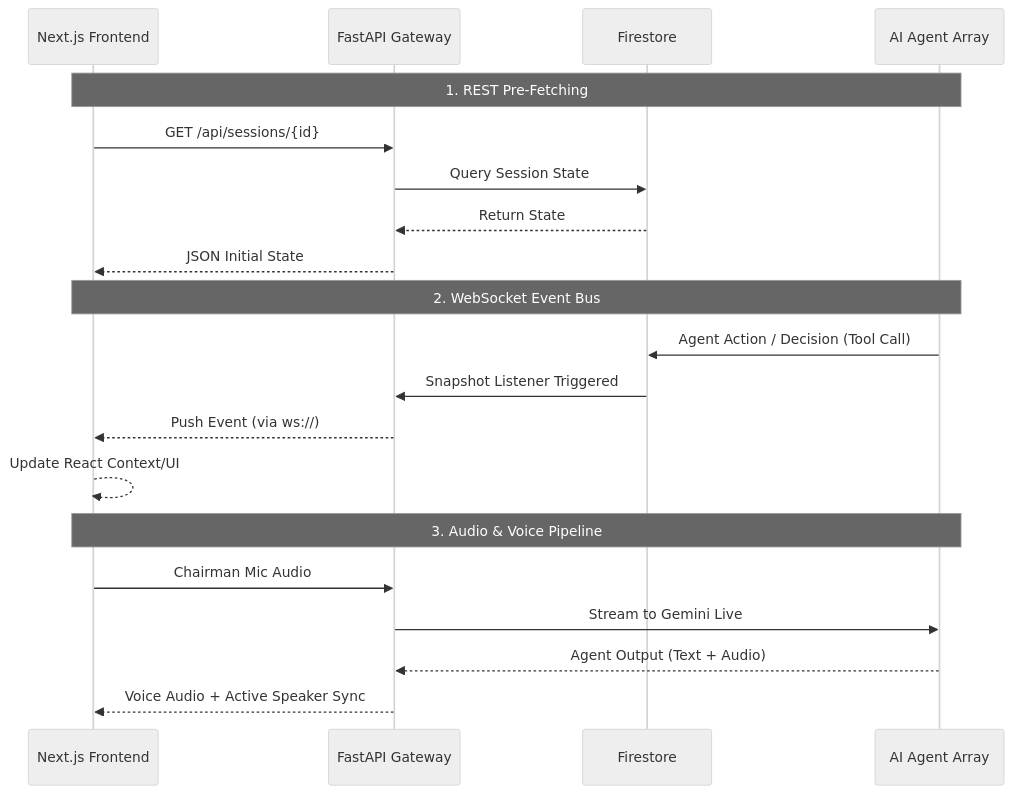
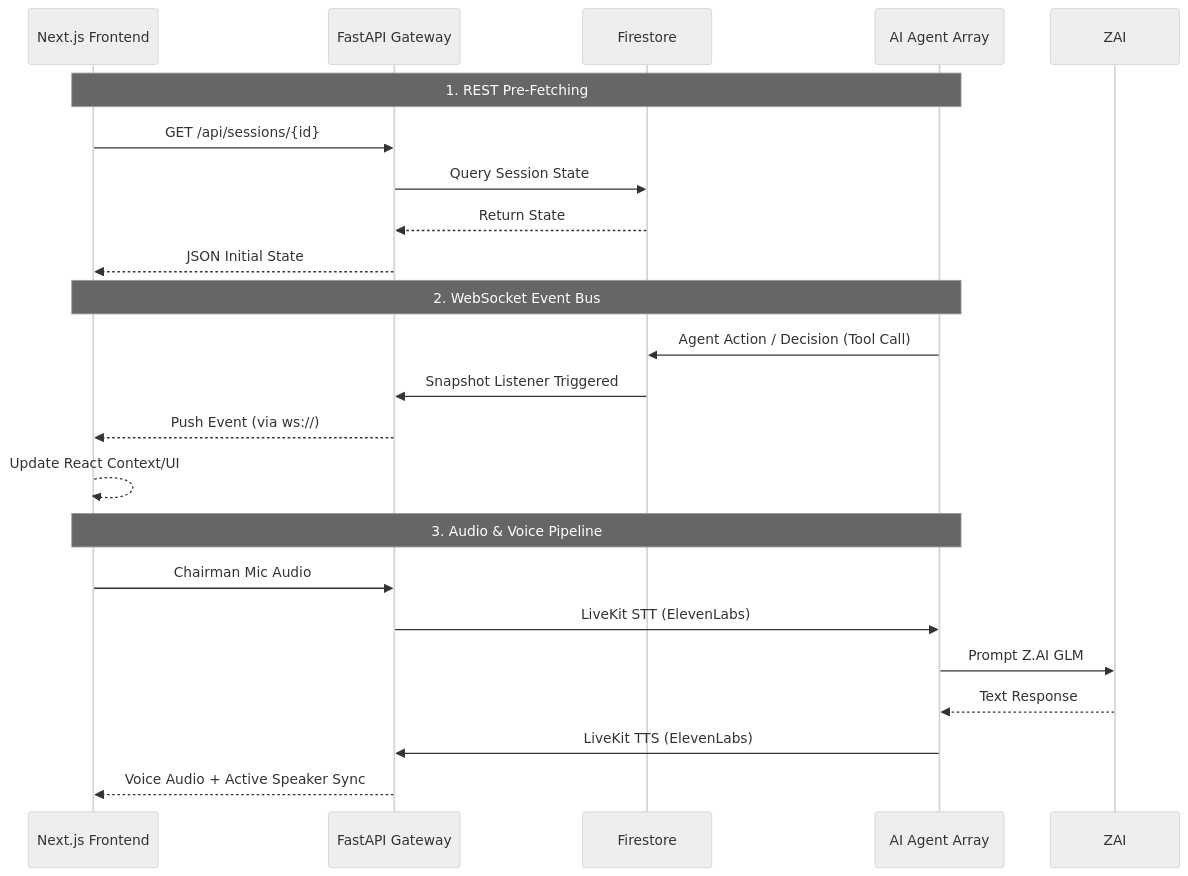
One commit to OkeyAmy/war-room-zai changed the second of 3 diagrams in README.md. Above: the diagram before and after it, drawn with Mermaid (neutral theme). The commit also changed other lines of this file and 29 other files, not shown here.

````diff
--- a/README.md
+++ b/README.md
@@ -58,25 +59,27 @@
 ```mermaid
 sequenceDiagram
     participant F as Next.js Frontend
     participant GW as FastAPI Gateway
     participant DB as Firestore
     participant A as AI Agent Array
     
     Note over F,A: 1. REST Pre-Fetching
     F->>GW: GET /api/sessions/{id}
     GW->>DB: Query Session State
     DB-->>GW: Return State
     GW-->>F: JSON Initial State
     
     Note over F,A: 2. WebSocket Event Bus
     A->>DB: Agent Action / Decision (Tool Call)
     DB->>GW: Snapshot Listener Triggered
     GW-->>F: Push Event (via ws://)
     F-->>F: Update React Context/UI
     
     Note over F,A: 3. Audio & Voice Pipeline
     F->>GW: Chairman Mic Audio
-    GW->>A: Stream to Gemini Live
-    A-->>GW: Agent Output (Text + Audio)
+    GW->>A: LiveKit STT (ElevenLabs)
+    A->>ZAI: Prompt Z.AI GLM
+    ZAI-->>A: Text Response
+    A->>GW: LiveKit TTS (ElevenLabs)
     GW-->>F: Voice Audio + Active Speaker Sync
 ```
````
